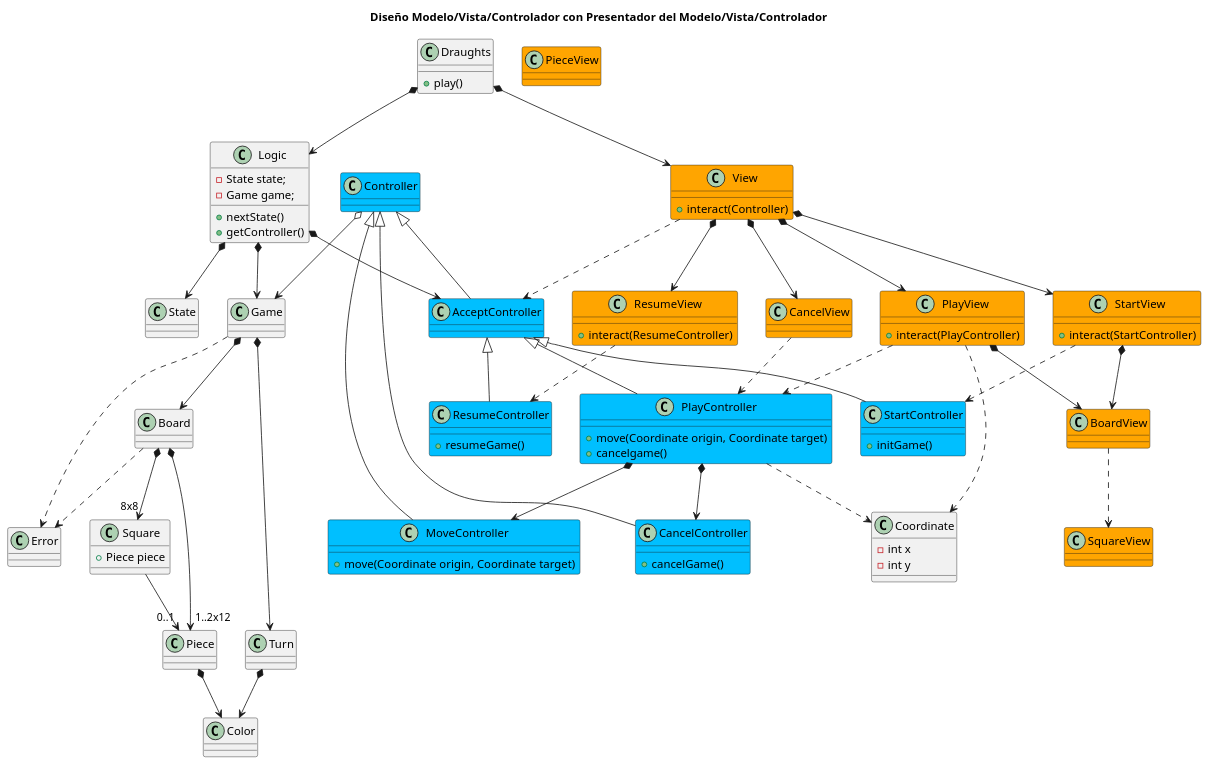
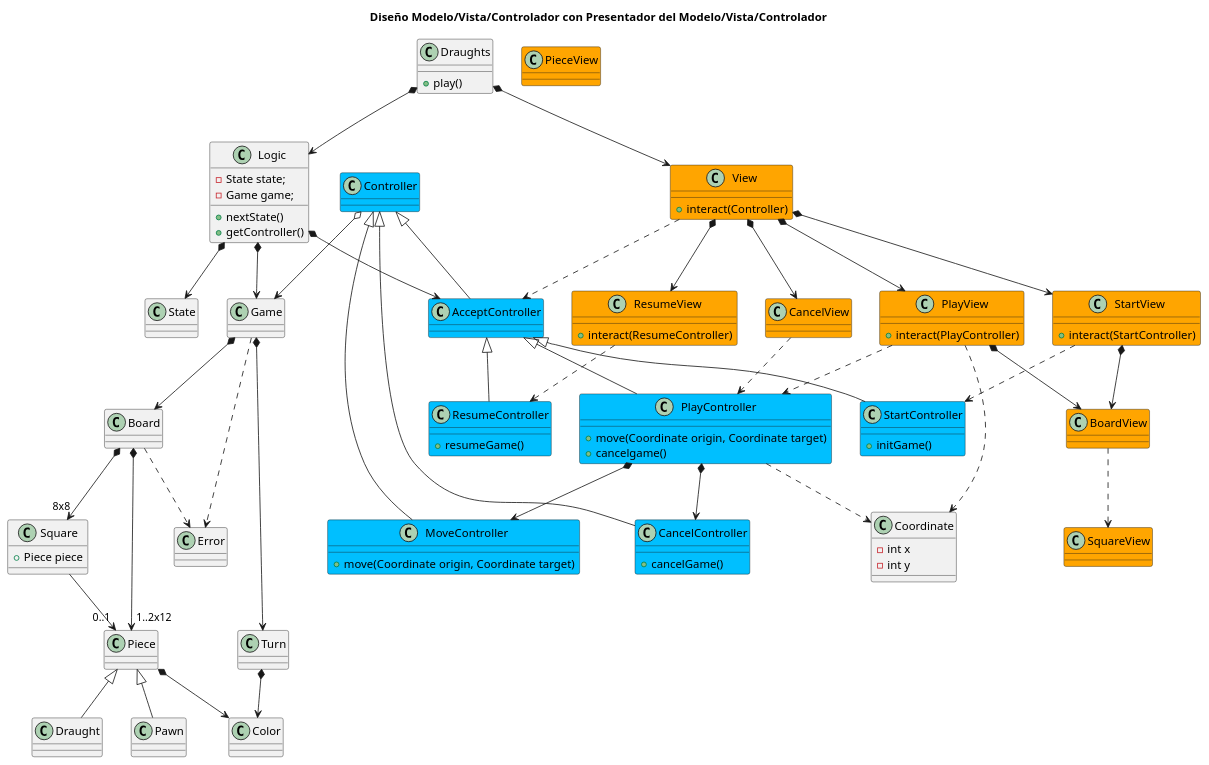
The diagram in uml/plantUML.puml (mscarceller/MasterCloudApps_Damas_con_Damas_Refactoring_TDD), drawn with PlantUML before and after one commit. The commit also changed 1 other file, not shown here.

Commit message:
Update ReadMe and UML with Draughts

```diff
--- a/uml/plantUML.puml
+++ b/uml/plantUML.puml
@@ -1,146 +1,148 @@
 @startuml
 
 title Diseño Modelo/Vista/Controlador con Presentador del Modelo/Vista/Controlador
 
 class Draughts {
 + play()
 }
 Draughts *-down-> Logic
 Draughts *-down-> View
 
 class View #orange {
 + interact(Controller)
 }
 
 class StartView #orange {
 + interact(StartController)
 }
 
 class PlayView  #orange {
 + interact(PlayController)
 }
 
 class CancelView  #orange {
 }
 
 class ResumeView  #orange {
 + interact(ResumeController)
 }
 
 class BoardView #orange{
 }
 
 class SquareView #orange{
 }
 
 class PieceView #orange{
 }
 
 StartView ..> StartController
 PlayView ..> PlayController
 CancelView ..> PlayController
 ResumeView ..> ResumeController
 
 View *-down-> StartView
 View *-down-> PlayView
 View *-down-> CancelView
 View *-down-> ResumeView
 StartView *-down-> BoardView
 PlayView *-down-> BoardView
 BoardView ..> SquareView
 
 View ..> AcceptController
 
 class Logic{
     - State state;
     - Game game;
     + nextState()
     + getController()
 }
 Logic *--> State
 Logic *--> Game
 Logic *-down-> AcceptController
 
 class Controller #DeepSkyBlue{
 }
 
 class AcceptController #DeepSkyBlue{
 }
 
 Controller <|-down- AcceptController
 AcceptController <|-down- StartController
 AcceptController <|-down- PlayController
 Controller <|-down- MoveController
 Controller <|-down- CancelController
 AcceptController <|-down- ResumeController
 Controller o--> Game
 
 class StartController #DeepSkyBlue{
     +initGame()
 }
 
 class MoveController #DeepSkyBlue{
     + move(Coordinate origin, Coordinate target)
 }
 
 class CancelController #DeepSkyBlue{
     + cancelGame()
 }
 
 class ResumeController #DeepSkyBlue{
     +resumeGame()
 }
 
 class PlayController #DeepSkyBlue{
     + move(Coordinate origin, Coordinate target)
     + cancelgame()
 }
 PlayController ..> Coordinate
 
 PlayView ..> Coordinate
 
 class Coordinate{
     -int x
     -int y
 }
 
 PlayController *-down-> CancelController
 PlayController *-down-> MoveController
 
 
 class Game{
 }
 Game *-down-> Board
 Game *-down-> Turn
 Game ..> Error
 
 class Board{
 }
 Board *-down-> "8x8" Square
 Board *-down-> "1..2x12" Piece
 Board ..> Error
 
 class Square{
     +Piece piece
 }
 Square  --> "0..1" Piece
 
 class Piece{
 }
+Piece <|-down- Pawn
+Piece <|-down- Draught
 
 Piece *--> Color 
 
 class Color{
 }
 
 class Turn{
 }
 Turn *--> Color
 
 class State{
 }
 
 class Error{
 }
 
 @enduml
```
